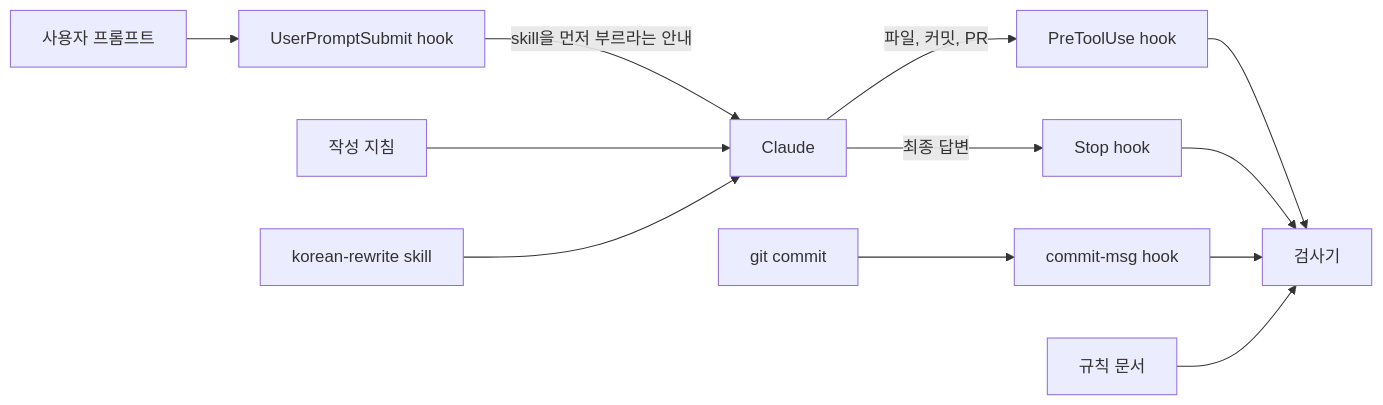
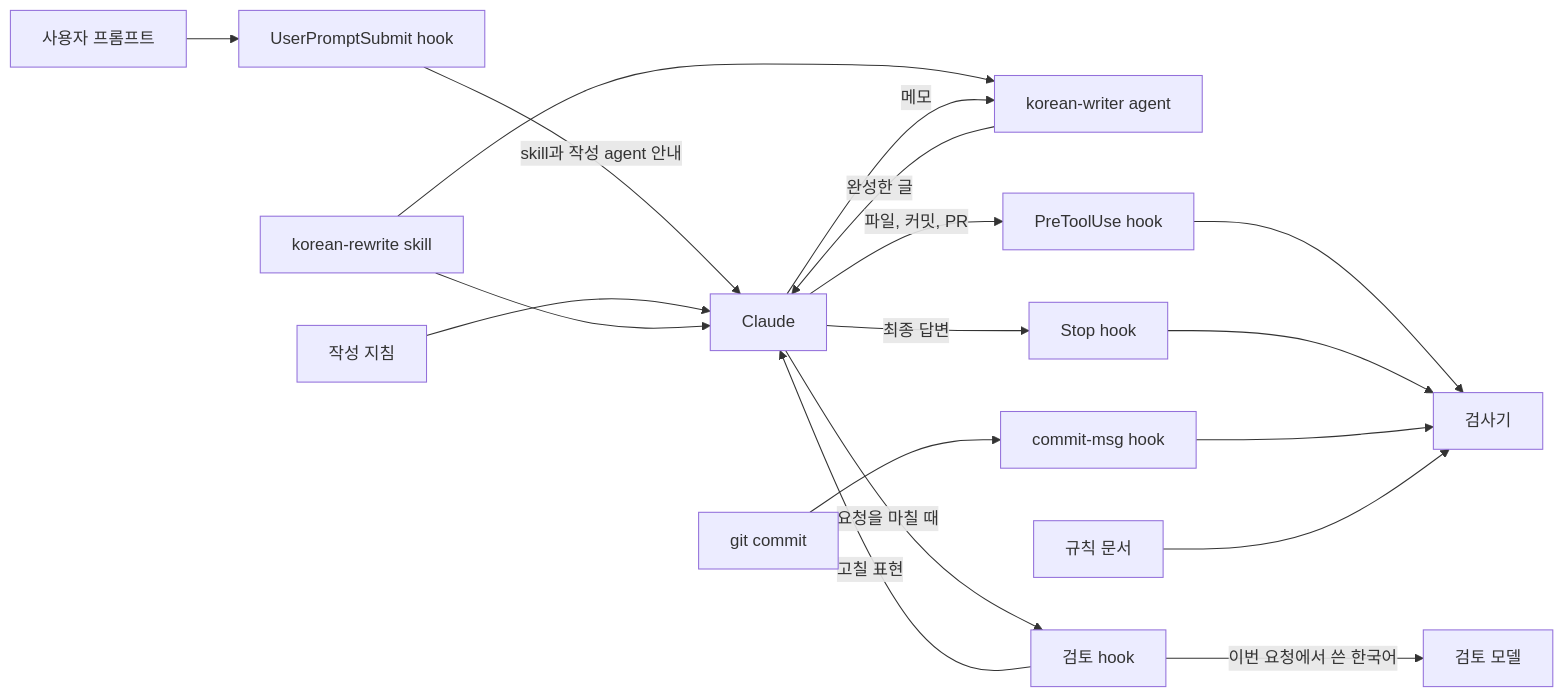
Before and after one commit to nerdkim/im-a-korean-ai-in-seoul: the diagram in README.md, drawn with Mermaid. The commit also changed other lines of this file and 27 other files, not shown here.

````diff
--- a/README.md
+++ b/README.md
@@ -118,14 +120,20 @@
 ```mermaid
 flowchart LR
   prompt["사용자 프롬프트"] --> ups["UserPromptSubmit hook"]
-  ups -- "skill을 먼저 부르라는 안내" --> claude["Claude"]
+  ups -- "skill과 작성 agent 안내" --> claude["Claude"]
   guide["작성 지침"] --> claude
   skill["korean-rewrite skill"] --> claude
+  skill --> writer["korean-writer agent"]
+  claude -- "메모" --> writer
+  writer -- "완성한 글" --> claude
   claude -- "파일, 커밋, PR" --> pre["PreToolUse hook"]
   claude -- "최종 답변" --> stop["Stop hook"]
   commit["git commit"] --> msg["commit-msg hook"]
   pre --> engine["검사기"]
   stop --> engine
   msg --> engine
   rules["규칙 문서"] --> engine
+  claude -- "요청을 마칠 때" --> review["검토 hook"]
+  review -- "이번 요청에서 쓴 한국어" --> judge["검토 모델"]
+  review -- "고칠 표현" --> claude
 ```
````
